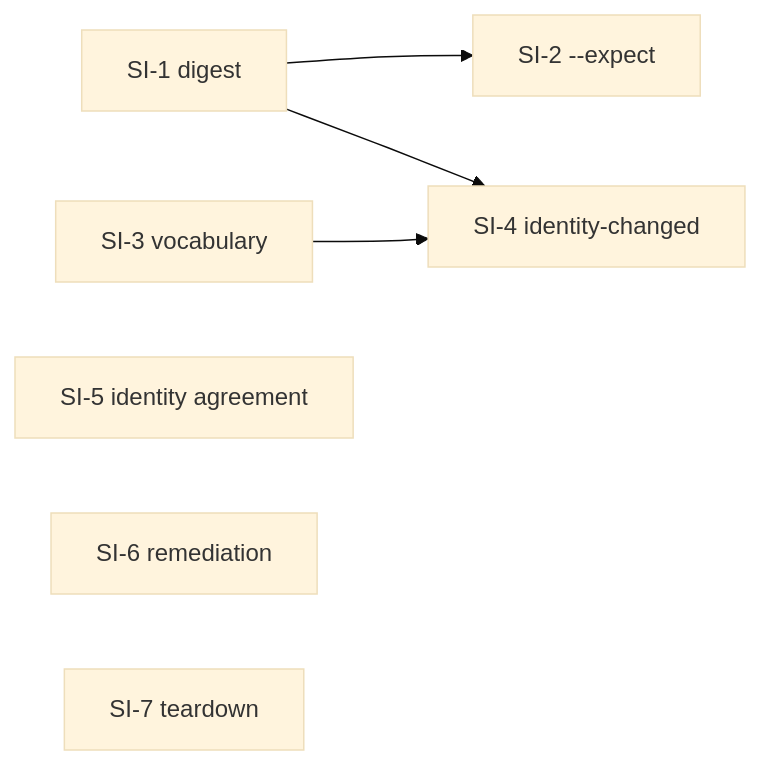
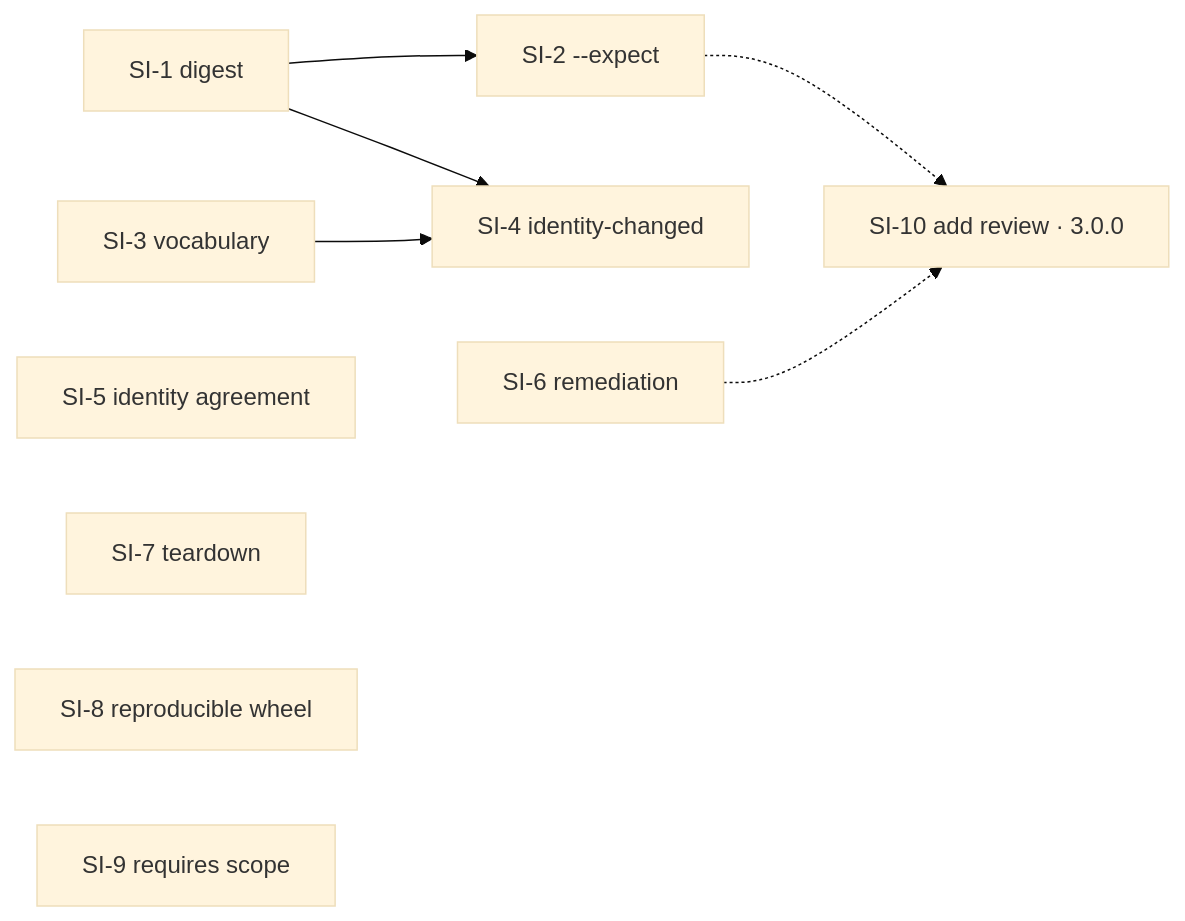
One commit to M1F1/agent-artifacts changed the diagram in docs/plan/PLAN-subscription-identity-binding.md. Above: the diagram before and after it, drawn with Mermaid (base theme). The commit also changed other lines of this file and 2 other files, not shown here.

````diff
--- a/docs/plan/PLAN-subscription-identity-binding.md
+++ b/docs/plan/PLAN-subscription-identity-binding.md
@@ -132,9 +194,13 @@
 ```mermaid
 flowchart LR
   SI1["SI-1 digest"] --> SI2["SI-2 --expect"]
   SI3["SI-3 vocabulary"] --> SI4["SI-4 identity-changed"]
   SI5["SI-5 identity agreement"]
   SI6["SI-6 remediation"]
   SI7["SI-7 teardown"]
+  SI8["SI-8 reproducible wheel"]
+  SI9["SI-9 requires scope"]
   SI1 --> SI4
+  SI2 -.-> SI10["SI-10 add review · 3.0.0"]
+  SI6 -.-> SI10
 ```
````
